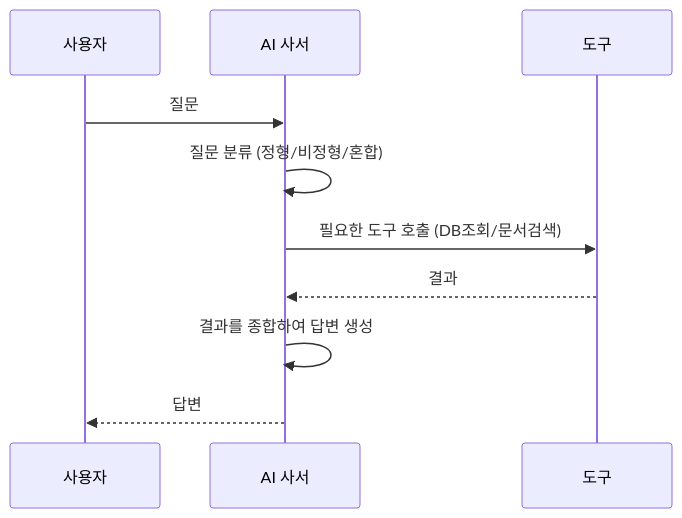
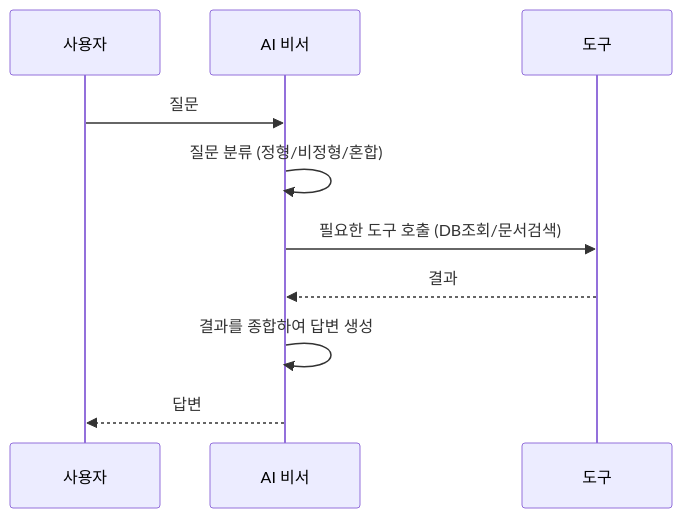
Before and after one commit to edu-openskill/lecture-book-workflow: the first of 4 diagrams in projects/사내AI비서_v2/chapters/06-연차도-규정도-한번에.md, drawn with Mermaid. The commit also changed other lines of this file and 6 other files, not shown here.

````diff
--- a/projects/사내AI비서_v2/chapters/06-연차도-규정도-한번에.md
+++ b/projects/사내AI비서_v2/chapters/06-연차도-규정도-한번에.md
@@ -364,9 +364,9 @@
 ```mermaid
 sequenceDiagram
-    사용자->>AI 사서: 질문
-    AI 사서->>AI 사서: 질문 분류 (정형/비정형/혼합)
-    AI 사서->>도구: 필요한 도구 호출 (DB조회/문서검색)
-    도구-->>AI 사서: 결과
-    AI 사서->>AI 사서: 결과를 종합하여 답변 생성
-    AI 사서-->>사용자: 답변
+    사용자->>AI 비서: 질문
+    AI 비서->>AI 비서: 질문 분류 (정형/비정형/혼합)
+    AI 비서->>도구: 필요한 도구 호출 (DB조회/문서검색)
+    도구-->>AI 비서: 결과
+    AI 비서->>AI 비서: 결과를 종합하여 답변 생성
+    AI 비서-->>사용자: 답변
 ```
````
